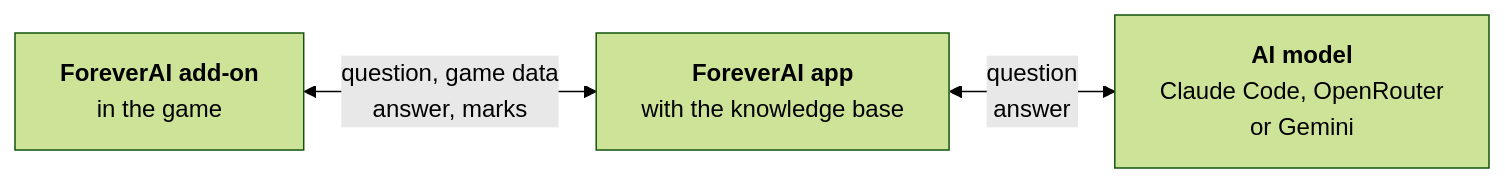
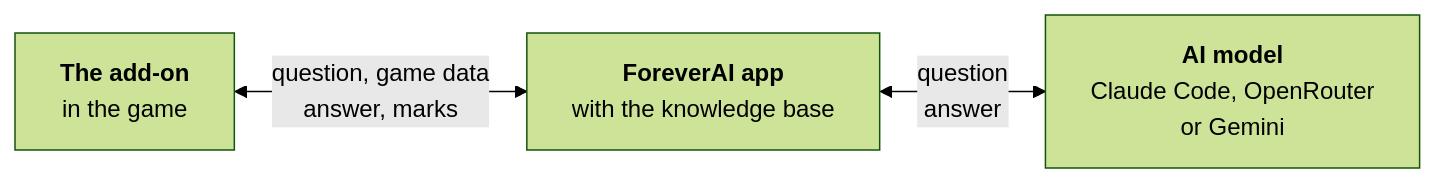
The first of 2 diagrams in README.md (pawelpieczonka/forever-ai), drawn with Mermaid (forest theme) before and after one commit.

Commit message:
README: shorter label in the diagram

````diff
--- a/README.md
+++ b/README.md
@@ -83,5 +83,5 @@
 ```mermaid
 flowchart LR
-    addon["<b>ForeverAI add-on</b><br/>in the game"] <-->|"question, game data<br/>answer, marks"| app["<b>ForeverAI app</b><br/>with the knowledge base"]
+    addon["<b>The add-on</b><br/>in the game"] <-->|"question, game data<br/>answer, marks"| app["<b>ForeverAI app</b><br/>with the knowledge base"]
     app <-->|"question<br/>answer"| ai["<b>AI model</b><br/>Claude Code, OpenRouter<br/>or Gemini"]
 ```
````
